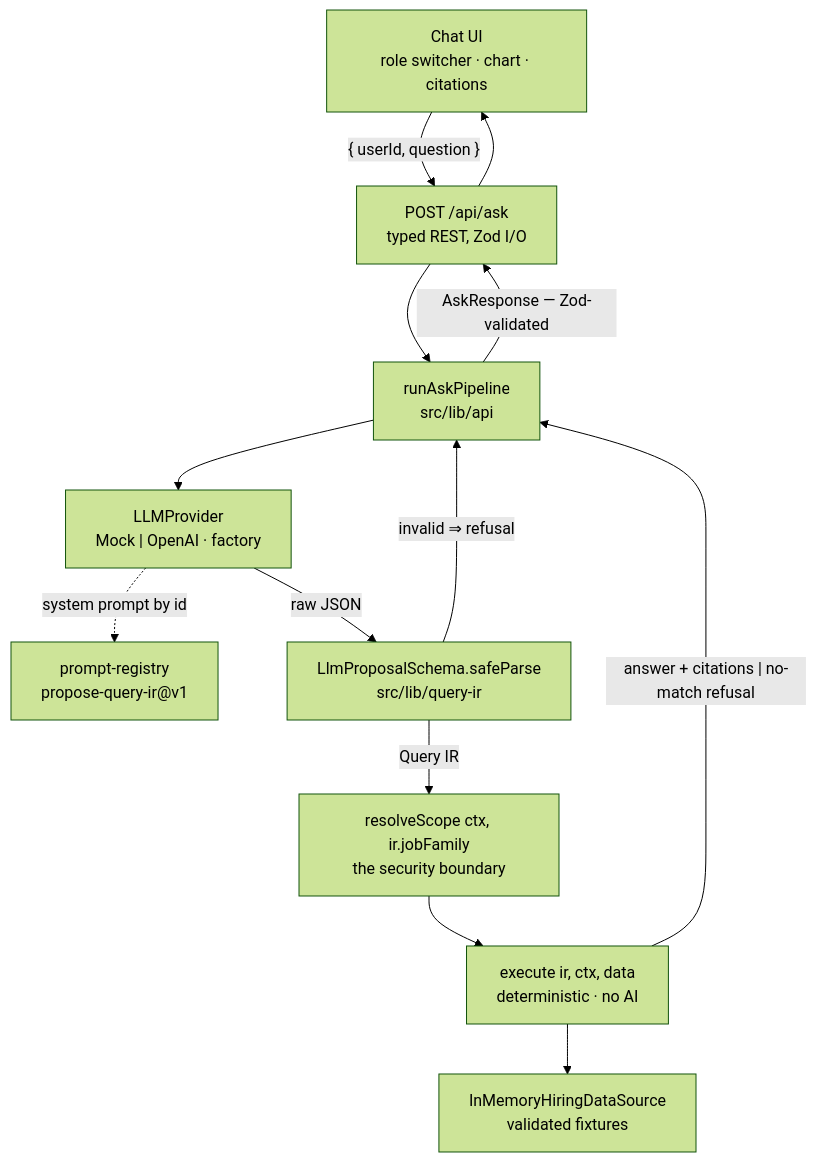
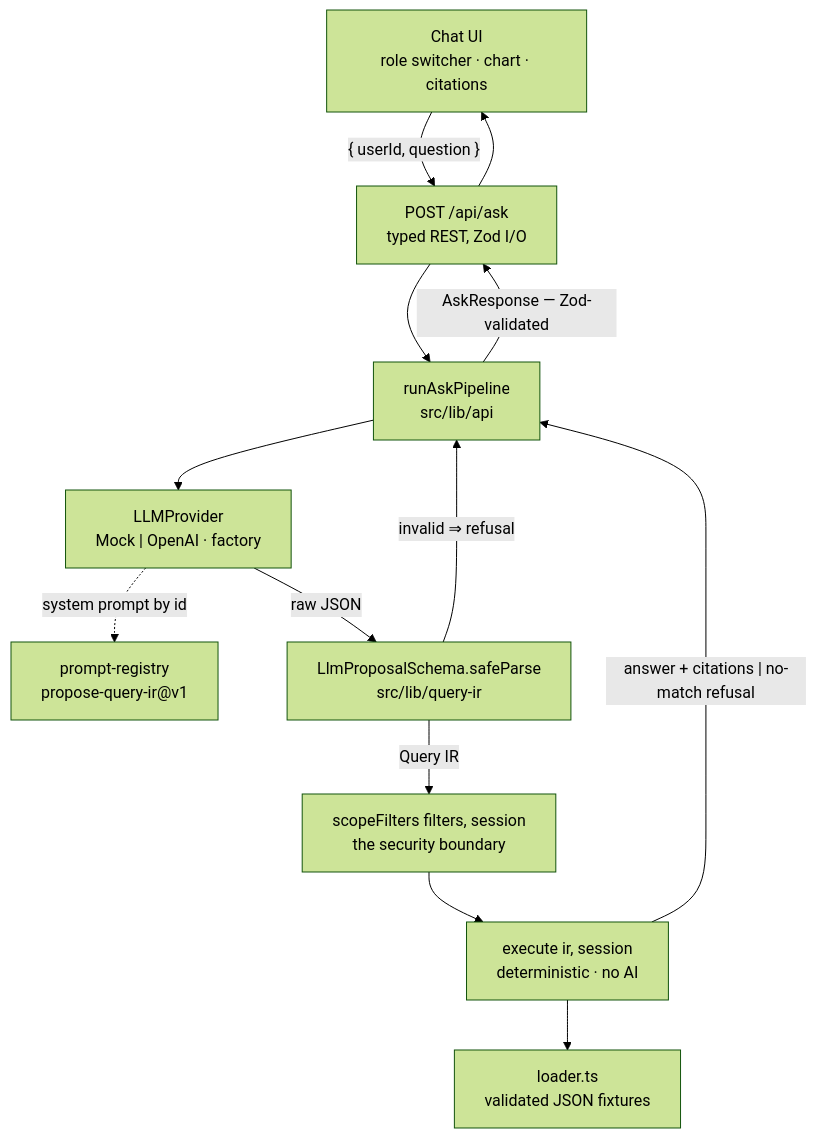
Before and after one commit to saiesh11/ask-your-hiring-data: the first of 3 diagrams in README.md, drawn with Mermaid (forest theme). The commit also changed other lines of this file and 12 other files, not shown here.

First line of the commit message:
docs: setup guide with screenshots, plain-language walkthrough, README diagram fixes

````diff
--- a/README.md
+++ b/README.md
@@ -27,20 +37,20 @@
 ```mermaid
 flowchart TD
     UI["Chat UI<br/>role switcher · chart · citations"]
     Route["POST /api/ask<br/>typed REST, Zod I/O"]
     Pipeline["runAskPipeline<br/>src/lib/api"]
     Provider["LLMProvider<br/>Mock | OpenAI · factory"]
     Registry["prompt-registry<br/>propose-query-ir@v1"]
     Schema["LlmProposalSchema.safeParse<br/>src/lib/query-ir"]
-    Scope["resolveScope ctx, ir.jobFamily<br/>the security boundary"]
-    Executor["execute ir, ctx, data<br/>deterministic · no AI"]
-    Data["InMemoryHiringDataSource<br/>validated fixtures"]
+    Scope["scopeFilters filters, session<br/>the security boundary"]
+    Executor["execute ir, session<br/>deterministic · no AI"]
+    Data["loader.ts<br/>validated JSON fixtures"]
 
     UI -->|"{ userId, question }"| Route --> Pipeline --> Provider
     Provider -. "system prompt by id" .-> Registry
     Provider -->|"raw JSON"| Schema
     Schema -->|"invalid ⇒ refusal"| Pipeline
     Schema -->|"Query IR"| Scope --> Executor --> Data
     Executor -->|"answer + citations | no-match refusal"| Pipeline
     Pipeline -->|"AskResponse — Zod-validated"| Route --> UI
 ```
````
